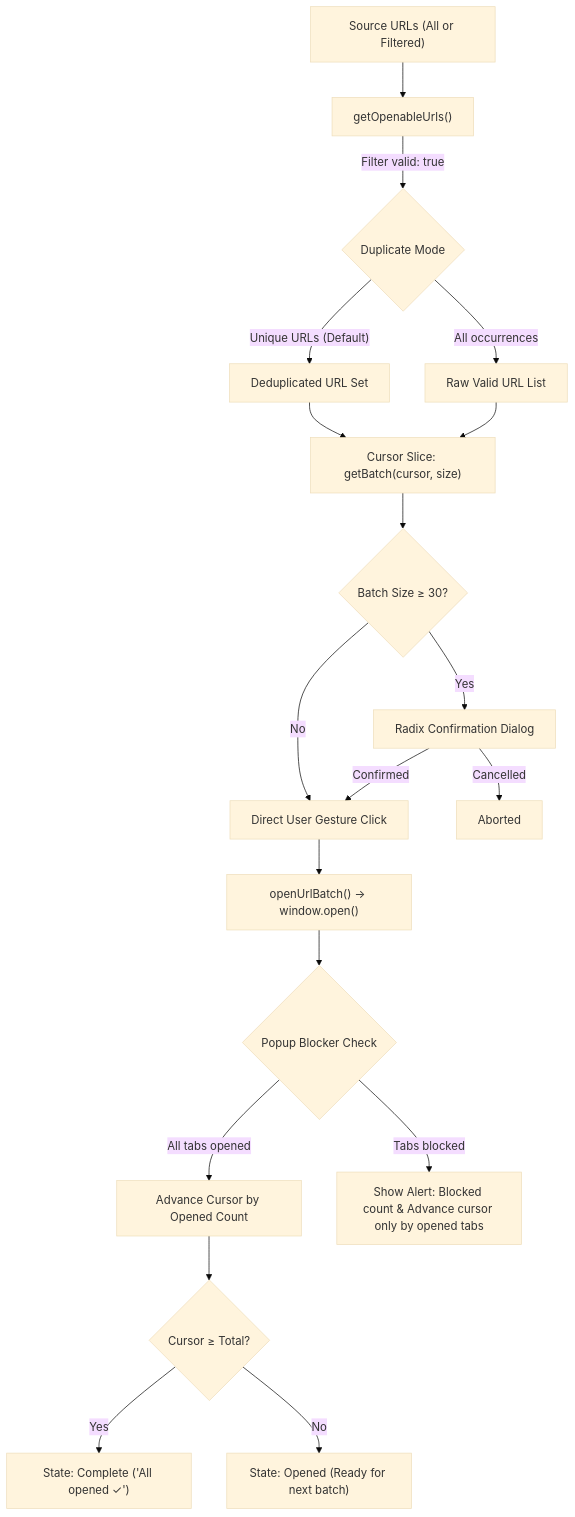
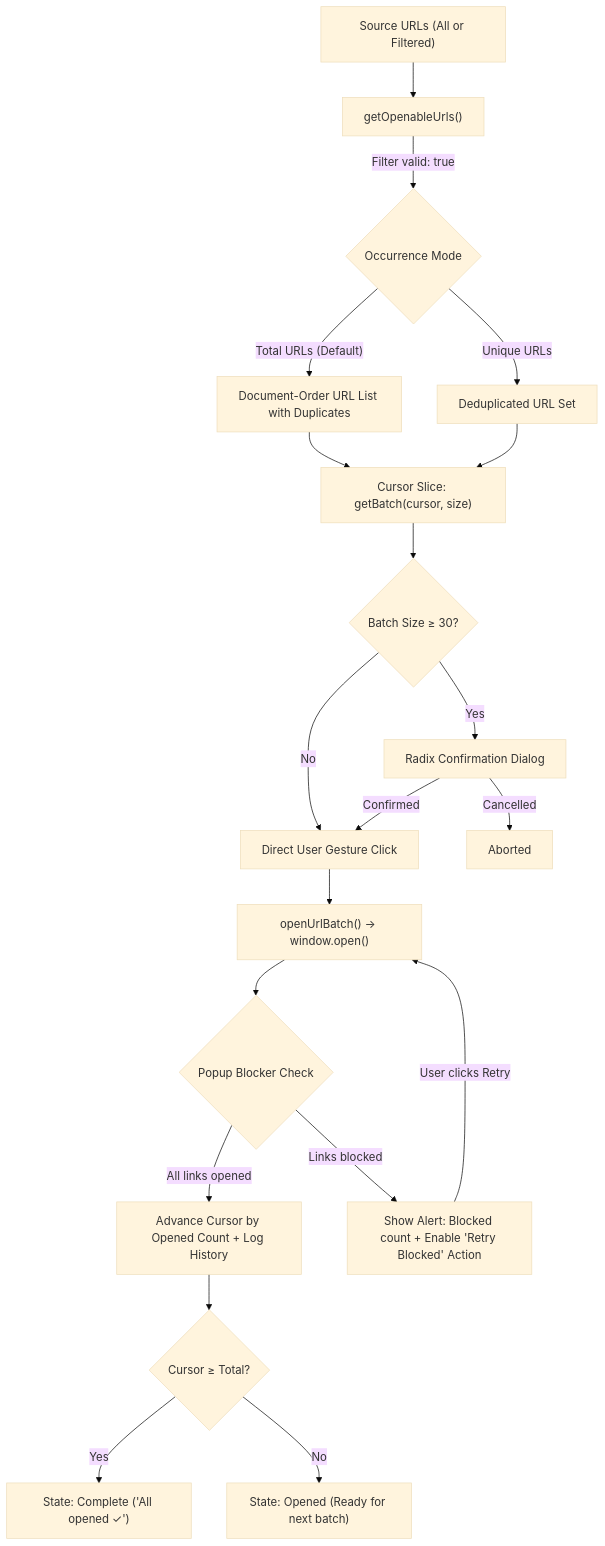
Before and after one commit to kainapat/url-link-counter: the first of 2 diagrams in README.md, drawn with Mermaid (base theme). The commit also changed other lines of this file, not shown here.

Commit message:
docs: enrich README with mobile-first layout, tab groups, and batch history

````diff
--- a/README.md
+++ b/README.md
@@ -126,21 +138,22 @@
 ```mermaid
 flowchart TD
     A["Source URLs (All or Filtered)"] --> B["getOpenableUrls()"]
-    B -->|"Filter valid: true"| C{"Duplicate Mode"}
-    C -->|"Unique URLs (Default)"| D["Deduplicated URL Set"]
-    C -->|"All occurrences"| E["Raw Valid URL List"]
+    B -->|"Filter valid: true"| C{"Occurrence Mode"}
+    C -->|"Total URLs (Default)"| D["Document-Order URL List with Duplicates"]
+    C -->|"Unique URLs"| E["Deduplicated URL Set"]
     D --> F["Cursor Slice: getBatch(cursor, size)"]
     E --> F
     F --> G{"Batch Size ≥ 30?"}
     G -->|"Yes"| H["Radix Confirmation Dialog"]
     G -->|"No"| I["Direct User Gesture Click"]
     H -->|"Confirmed"| I
     H -->|"Cancelled"| J["Aborted"]
     I --> K["openUrlBatch() -> window.open()"]
     K --> L{"Popup Blocker Check"}
-    L -->|"All tabs opened"| M["Advance Cursor by Opened Count"]
-    L -->|"Tabs blocked"| N["Show Alert: Blocked count & Advance cursor only by opened tabs"]
+    L -->|"All links opened"| M["Advance Cursor by Opened Count + Log History"]
+    L -->|"Links blocked"| N["Show Alert: Blocked count + Enable 'Retry Blocked' Action"]
+    N -->|"User clicks Retry"| K
     M --> O{"Cursor ≥ Total?"}
     O -->|"Yes"| P["State: Complete ('All opened ✓')"]
     O -->|"No"| Q["State: Opened (Ready for next batch)"]
 ```
````
